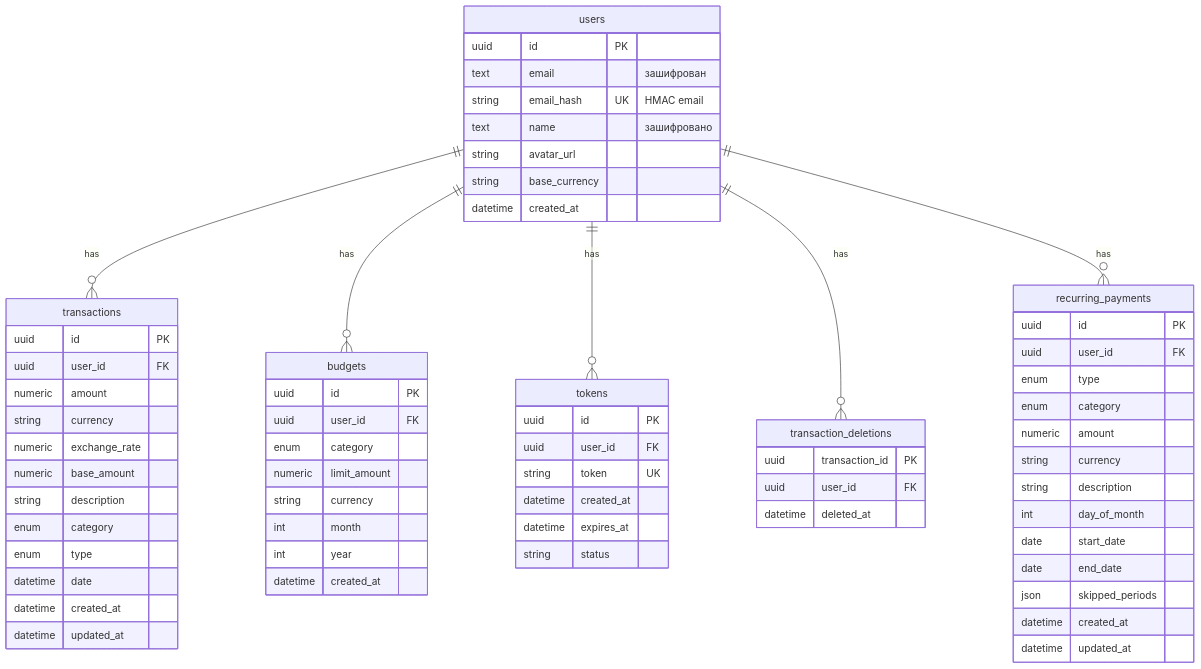
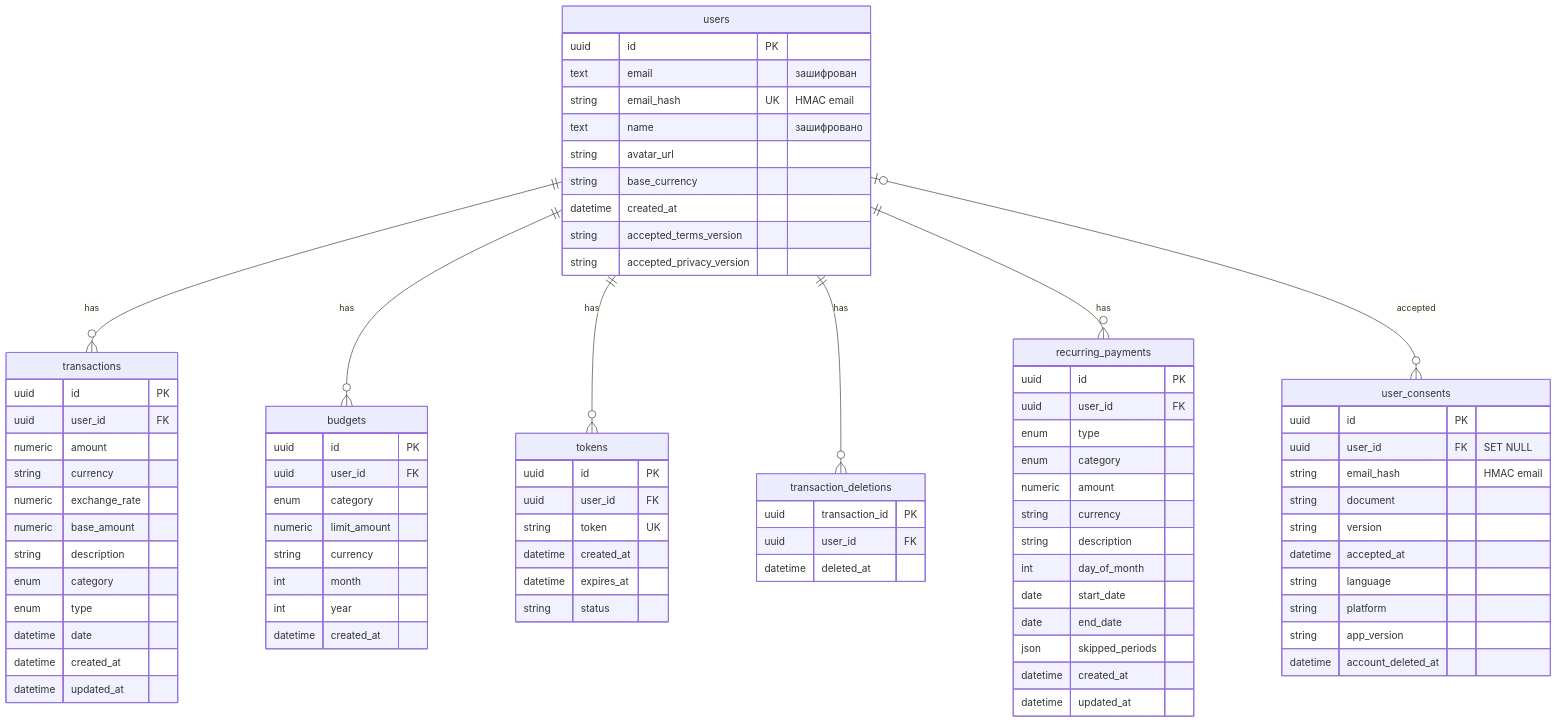
Before and after one commit to jbronxxx/getbalanceai_api: the second of 2 diagrams in ARCHITECTURE.md, drawn with Mermaid. The commit also changed other lines of this file and 41 other files, not shown here.

```diff
--- a/ARCHITECTURE.md
+++ b/ARCHITECTURE.md
@@ -57,6 +57,7 @@
     users ||--o{ tokens : "has"
     users ||--o{ transaction_deletions : "has"
     users ||--o{ recurring_payments : "has"
+    users |o--o{ user_consents : "accepted"
 
     users {
         uuid id PK
@@ -66,6 +67,21 @@
         string avatar_url
         string base_currency
         datetime created_at
+        string accepted_terms_version
+        string accepted_privacy_version
+    }
+
+    user_consents {
+        uuid id PK
+        uuid user_id FK "SET NULL"
+        string email_hash "HMAC email"
+        string document
+        string version
+        datetime accepted_at
+        string language
+        string platform
+        string app_version
+        datetime account_deleted_at
     }
 
     tokens {
```
